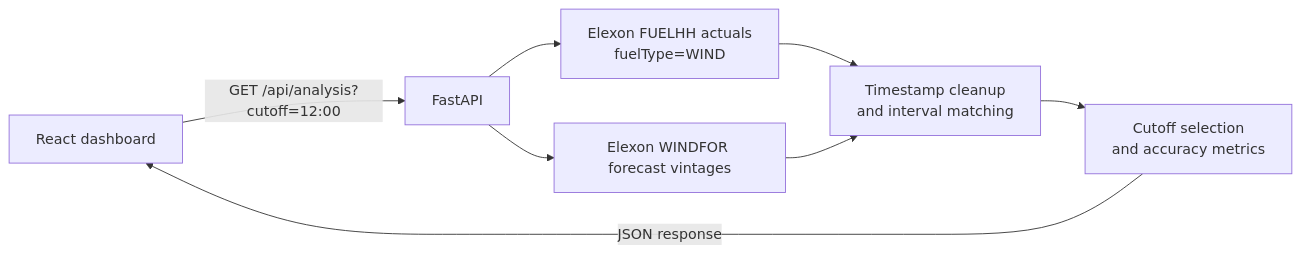
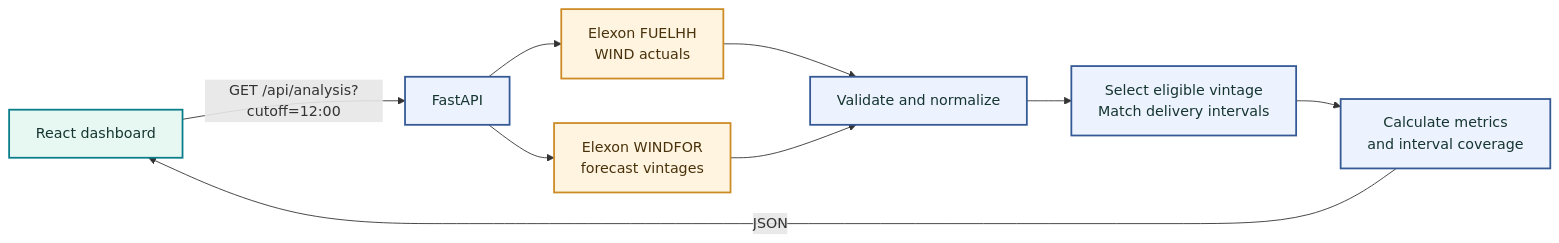
The diagram in README.md (ankush-48/k7v3m9q2), drawn with Mermaid before and after one commit. The commit also changed other lines of this file, not shown here.

````diff
--- a/README.md
+++ b/README.md
@@ -45,10 +63,18 @@
 ```mermaid
 flowchart LR
-    A[React dashboard] -->|GET /api/analysis?cutoff=12:00| B[FastAPI]
-    B --> C[Elexon FUELHH actuals<br/>fuelType=WIND]
-    B --> D[Elexon WINDFOR forecast vintages]
-    C --> E[Timestamp cleanup<br/>and interval matching]
-    D --> E
-    E --> F[Cutoff selection<br/>and accuracy metrics]
-    F -->|JSON response| A
+    UI["React dashboard"] -->|"GET /api/analysis?cutoff=12:00"| API["FastAPI"]
+    API --> ACT["Elexon FUELHH<br/>WIND actuals"]
+    API --> FC["Elexon WINDFOR<br/>forecast vintages"]
+    ACT --> CLEAN["Validate and normalize"]
+    FC --> CLEAN
+    CLEAN --> JOIN["Select eligible vintage<br/>Match delivery intervals"]
+    JOIN --> METRICS["Calculate metrics<br/>and interval coverage"]
+    METRICS -->|"JSON"| UI
+
+    classDef frontend fill:#e7f7f2,stroke:#087e8b,color:#15352f,stroke-width:2px;
+    classDef backend fill:#edf2ff,stroke:#345995,color:#15352f,stroke-width:2px;
+    classDef source fill:#fff4df,stroke:#cc8b24,color:#49320b,stroke-width:2px;
+    class UI frontend;
+    class API,CLEAN,JOIN,METRICS backend;
+    class ACT,FC source;
 ```
````
